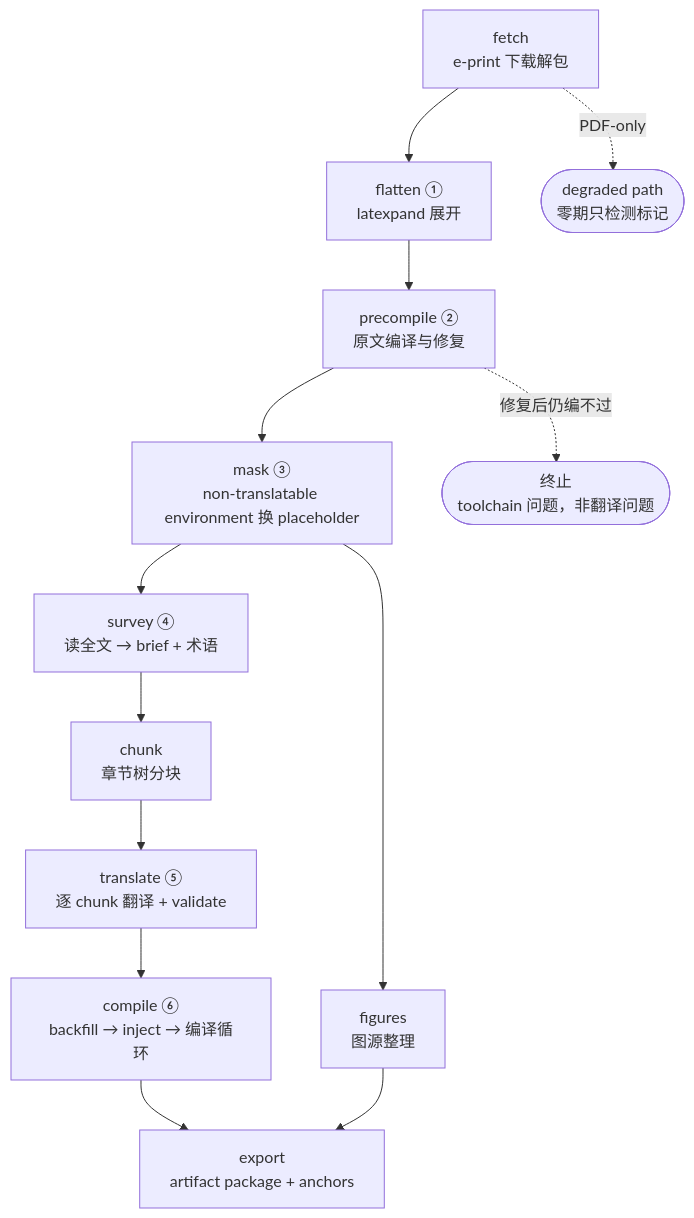
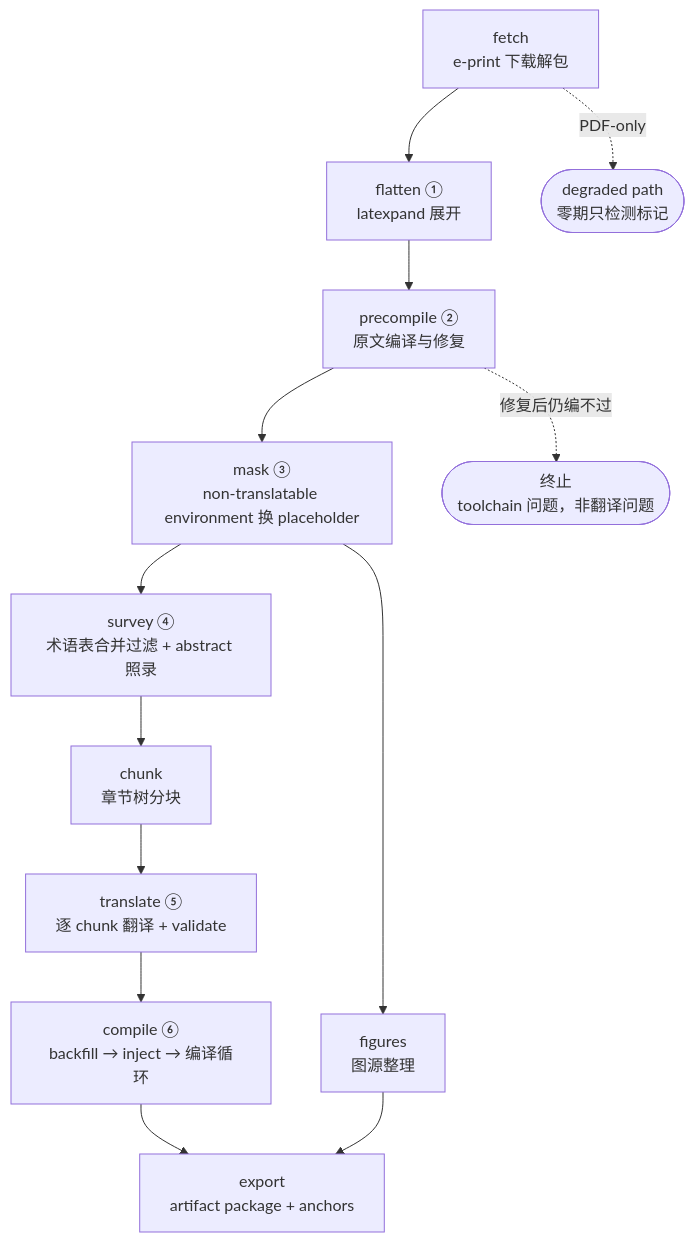
One commit to yhnocoder/tongtu changed the diagram in docs/ARCHITECTURE.md. Above: the diagram before and after it, drawn with Mermaid. The commit also changed other lines of this file and 18 other files, not shown here.

````diff
--- a/docs/ARCHITECTURE.md
+++ b/docs/ARCHITECTURE.md
@@ -17,21 +17,21 @@
 ```mermaid
 flowchart TD
     fetch["fetch<br/>e-print 下载解包"]
     flatten["flatten ①<br/>latexpand 展开"]
     precompile["precompile ②<br/>原文编译与修复"]
     mask["mask ③<br/>non-translatable environment 换 placeholder"]
-    survey["survey ④<br/>读全文 → brief + 术语"]
+    survey["survey ④<br/>术语表合并过滤 + abstract 照录"]
     chunk["chunk<br/>章节树分块"]
     translate["translate ⑤<br/>逐 chunk 翻译 + validate"]
     compile["compile ⑥<br/>backfill → inject → 编译循环"]
     figures["figures<br/>图源整理"]
     export["export<br/>artifact package + anchors"]
     fallback(["degraded path<br/>零期只检测标记"])
     stop(["终止<br/>toolchain 问题，非翻译问题"])
 
     fetch --> flatten --> precompile --> mask
     fetch -. PDF-only .-> fallback
     precompile -. 修复后仍编不过 .-> stop
     mask --> survey --> chunk --> translate --> compile --> export
     mask --> figures --> export
 ```
````
